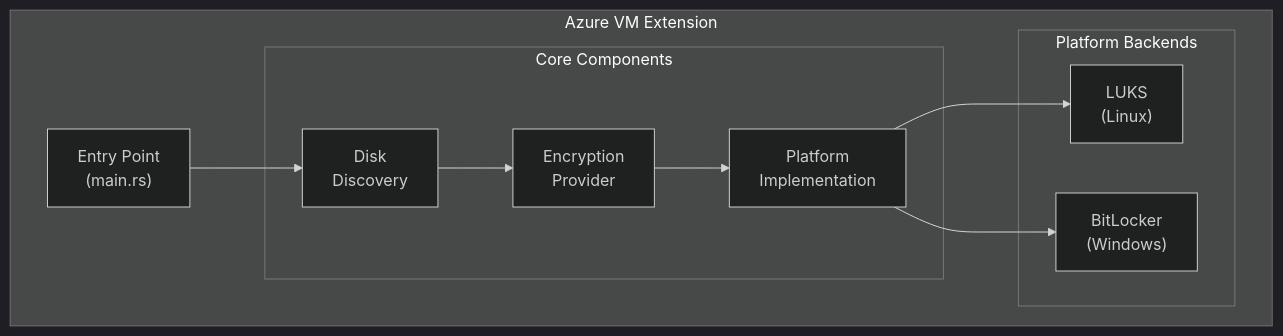
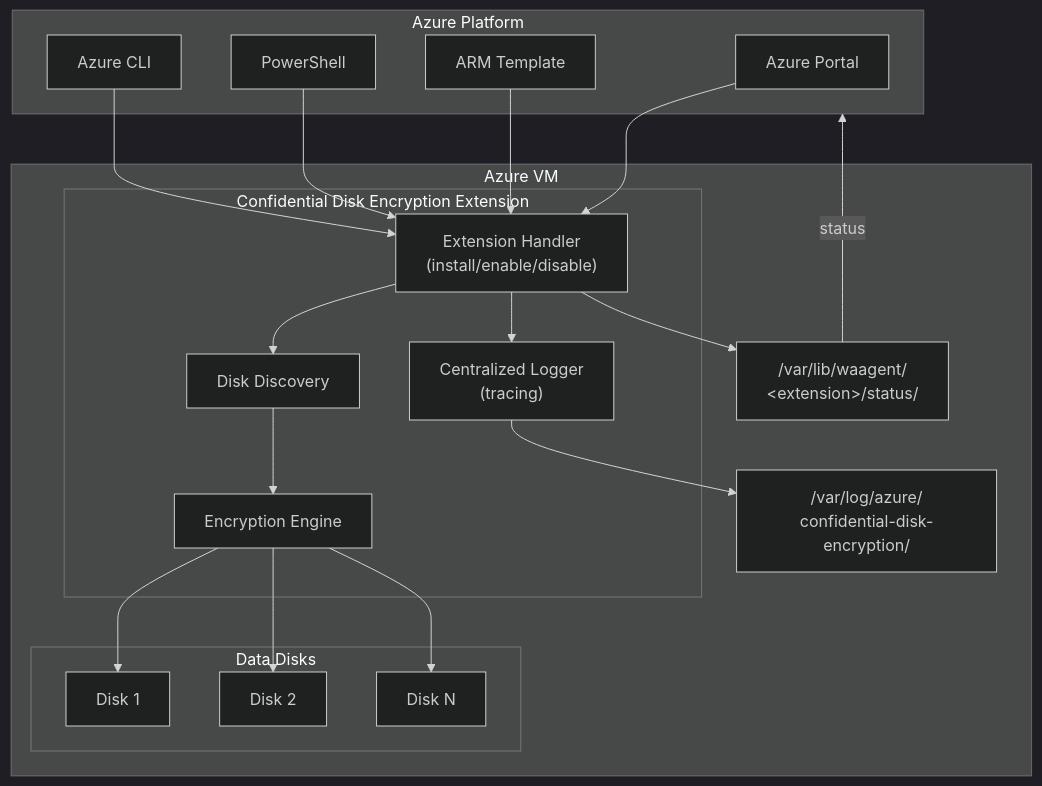
One commit to Azure/confidential-linux-disk-encryption changed the first of 3 diagrams in docs/design/architecture.md. Above: the diagram before and after it, drawn with Mermaid (dark theme). The commit also changed other lines of this file and 8 other files, not shown here.

Commit message:
as an azure extension

````diff
--- a/docs/design/architecture.md
+++ b/docs/design/architecture.md
@@ -9,24 +9,42 @@
 ```mermaid
 flowchart TB
-    subgraph Extension["Azure VM Extension"]
-        direction LR
-        Entry["Entry Point<br/>(main.rs)"]
-        
-        subgraph Core["Core Components"]
-            Disk["Disk<br/>Discovery"]
-            Encrypt["Encryption<br/>Provider"]
-            Platform["Platform<br/>Implementation"]
+    subgraph Azure["Azure Platform"]
+        Portal["Azure Portal"]
+        ARM["ARM Template"]
+        PS["PowerShell"]
+        CLI["Azure CLI"]
+    end
+    
+    subgraph VM["Azure VM"]
+        subgraph Extension["Confidential Disk Encryption Extension"]
+            Handler["Extension Handler<br/>(install/enable/disable)"]
+            Logger["Centralized Logger<br/>(tracing)"]
+            Discovery["Disk Discovery"]
+            Encryption["Encryption Engine"]
         end
         
-        subgraph Platforms["Platform Backends"]
-            LUKS["LUKS<br/>(Linux)"]
-            BitLocker["BitLocker<br/>(Windows)"]
+        LogFile["/var/log/azure/<br/>confidential-disk-encryption/"]
+        StatusFile["/var/lib/waagent/<br/>&lt;extension&gt;/status/"]
+        
+        subgraph Disks["Data Disks"]
+            D1["Disk 1"]
+            D2["Disk 2"]
+            DN["Disk N"]
         end
-        
-        Entry --> Disk
-        Disk --> Encrypt
-        Encrypt --> Platform
-        Platform --> LUKS
-        Platform --> BitLocker
     end
+    
+    Portal --> Handler
+    ARM --> Handler
+    PS --> Handler
+    CLI --> Handler
+    
+    Handler --> Logger
+    Handler --> Discovery
+    Discovery --> Encryption
+    Encryption --> D1
+    Encryption --> D2
+    Encryption --> DN
+    Logger --> LogFile
+    Handler --> StatusFile
+    StatusFile -->|"status"| Azure
 ```
````
